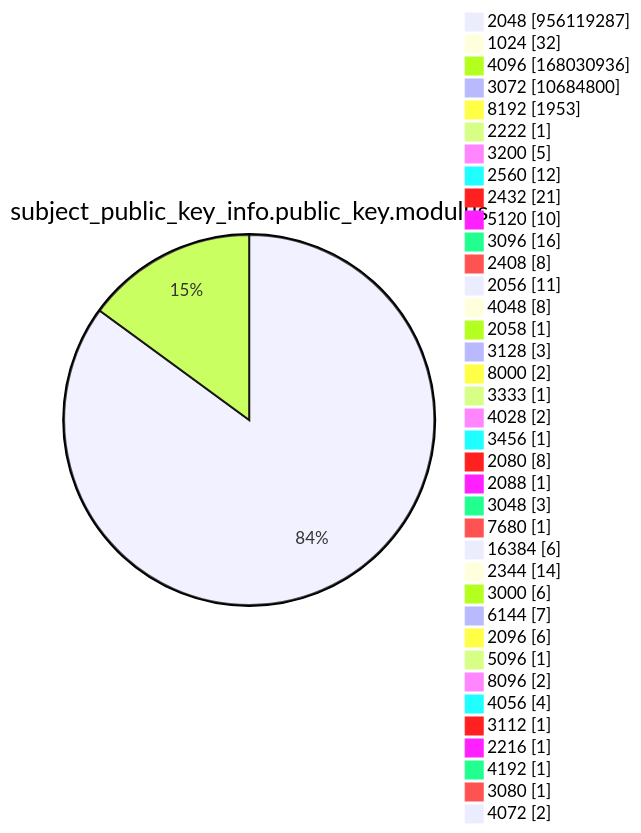
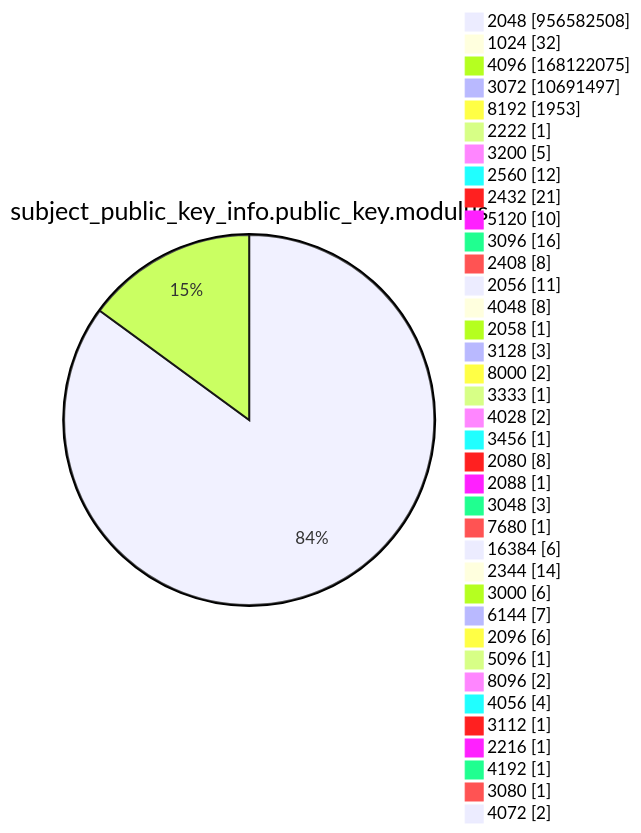
Before and after one commit to christiankrug/ctmonitor_visualization: diagram 13 of 15 in argon2022/README.md, drawn with Mermaid. The commit also changed other lines of this file, not shown here.

````diff
--- a/argon2022/README.md
+++ b/argon2022/README.md
@@ -3586,41 +3586,41 @@
 ```mermaid
 pie showData
 title subject_public_key_info.public_key.modulus
-"2048" :956119287
+"2048" :956582508
 "1024" :32
-"4096" :168030936
-"3072" :10684800
+"4096" :168122075
+"3072" :10691497
 "8192" :1953
 "2222" :1
 "3200" :5
 "2560" :12
 "2432" :21
 "5120" :10
 "3096" :16
 "2408" :8
 "2056" :11
 "4048" :8
 "2058" :1
 "3128" :3
 "8000" :2
 "3333" :1
 "4028" :2
 "3456" :1
 "2080" :8
 "2088" :1
 "3048" :3
 "7680" :1
 "16384" :6
 "2344" :14
 "3000" :6
 "6144" :7
 "2096" :6
 "5096" :1
 "8096" :2
 "4056" :4
 "3112" :1
 "2216" :1
 "4192" :1
 "3080" :1
 "4072" :2
 ```
````
